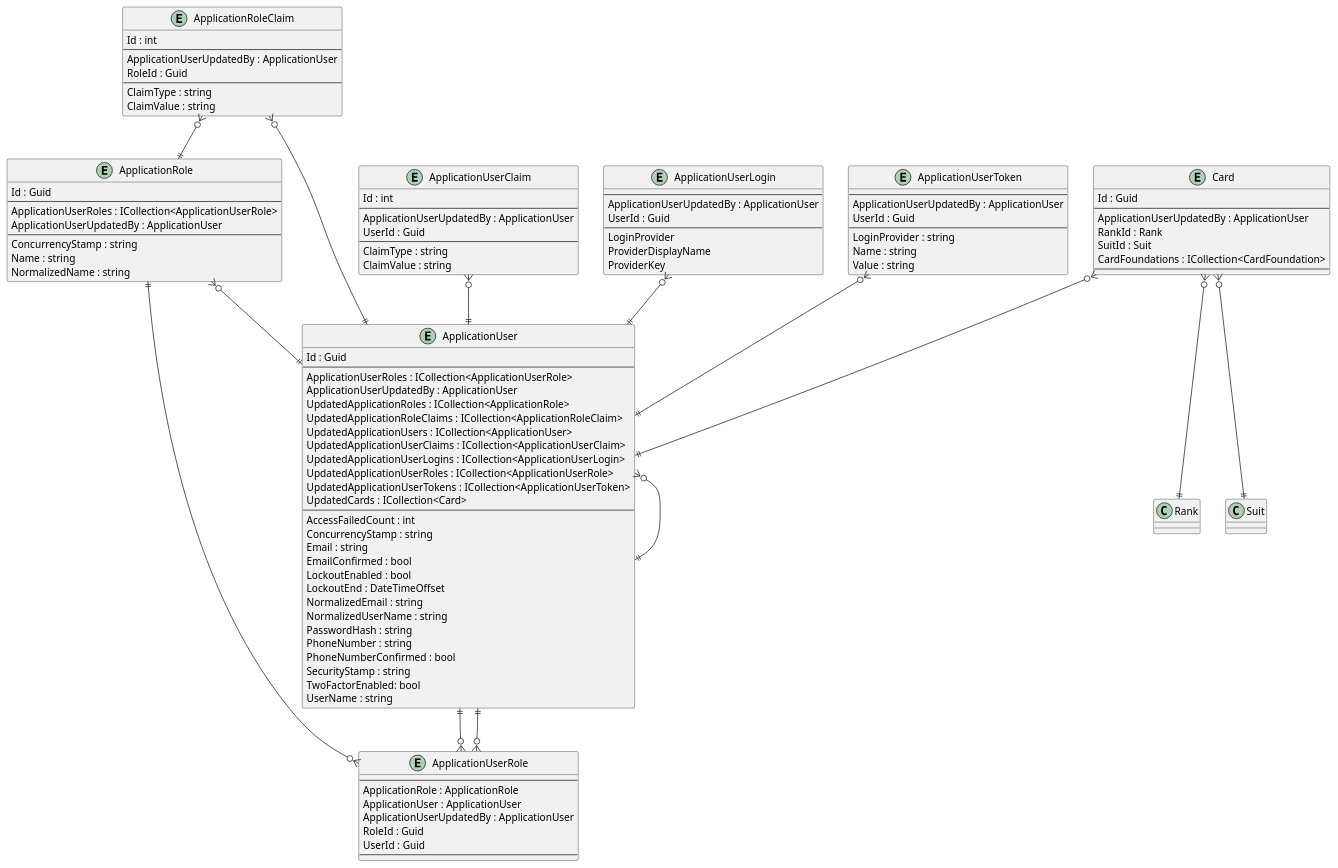
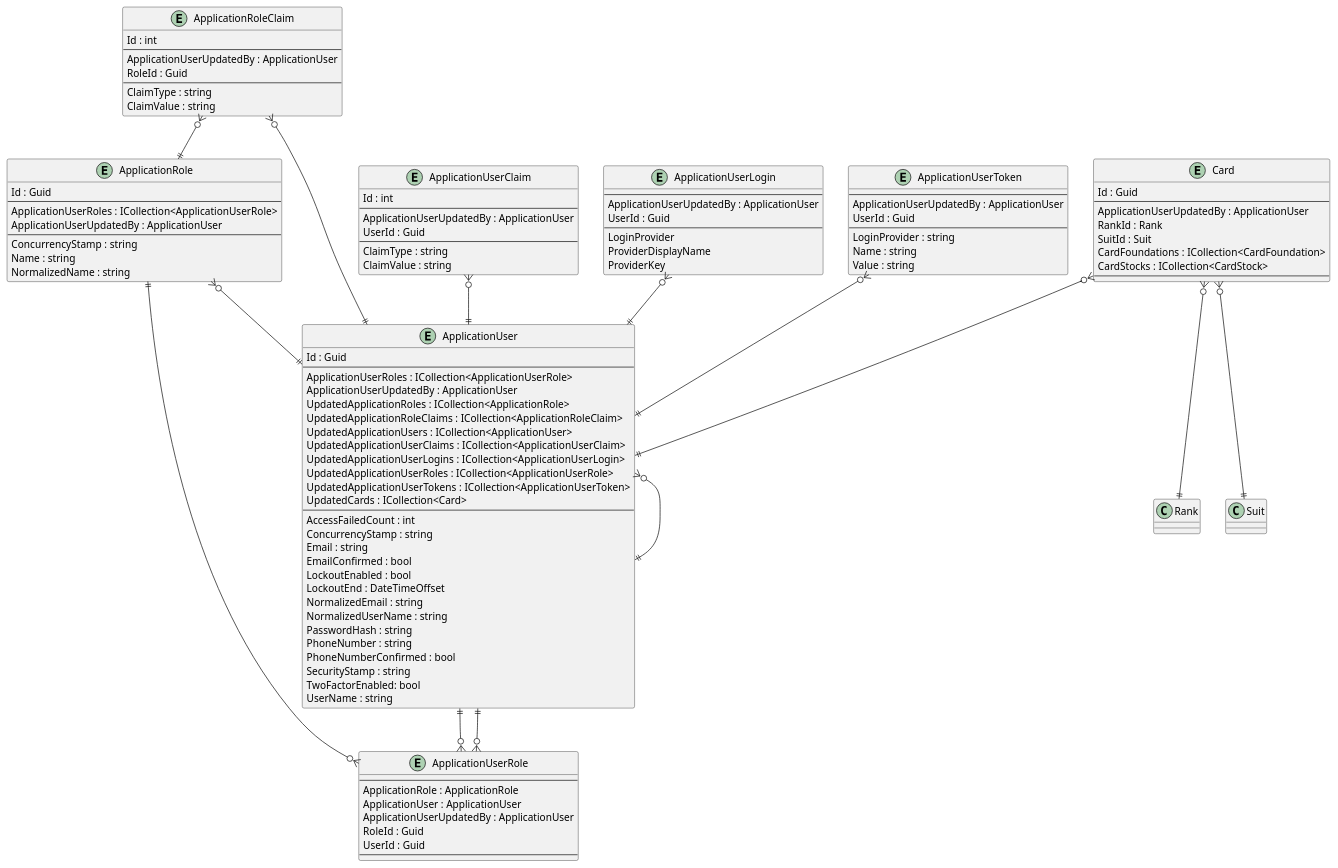
The diagram in .docs/Intrepion.KlondikeSolitaire.pu (intrepion/intrepion_klondike-solitaire_csharp), drawn with PlantUML before and after one commit.

```diff
--- a/.docs/Intrepion.KlondikeSolitaire.pu
+++ b/.docs/Intrepion.KlondikeSolitaire.pu
@@ -1,125 +1,126 @@
 @startuml
 
 entity ApplicationRole {
     Id : Guid
     --
     ApplicationUserRoles : ICollection<ApplicationUserRole>
     ApplicationUserUpdatedBy : ApplicationUser
     --
     ConcurrencyStamp : string
     Name : string
     NormalizedName : string
 }
 
 entity ApplicationRoleClaim {
     Id : int
     --
     ApplicationUserUpdatedBy : ApplicationUser
     RoleId : Guid
     --
     ClaimType : string
     ClaimValue : string
 }
 
 entity ApplicationUser {
     Id : Guid
     --
     ApplicationUserRoles : ICollection<ApplicationUserRole>
     ApplicationUserUpdatedBy : ApplicationUser
     UpdatedApplicationRoles : ICollection<ApplicationRole>
     UpdatedApplicationRoleClaims : ICollection<ApplicationRoleClaim>
     UpdatedApplicationUsers : ICollection<ApplicationUser>
     UpdatedApplicationUserClaims : ICollection<ApplicationUserClaim>
     UpdatedApplicationUserLogins : ICollection<ApplicationUserLogin>
     UpdatedApplicationUserRoles : ICollection<ApplicationUserRole>
     UpdatedApplicationUserTokens : ICollection<ApplicationUserToken>
     UpdatedCards : ICollection<Card>
     ' ApplicationUserKeyCodePlaceholder
     --
     AccessFailedCount : int
     ConcurrencyStamp : string
     Email : string
     EmailConfirmed : bool
     LockoutEnabled : bool
     LockoutEnd : DateTimeOffset
     NormalizedEmail : string
     NormalizedUserName : string
     PasswordHash : string
     PhoneNumber : string
     PhoneNumberConfirmed : bool
     SecurityStamp : string
     TwoFactorEnabled: bool
     UserName : string
 }
 
 entity ApplicationUserClaim {
     Id : int
     --
     ApplicationUserUpdatedBy : ApplicationUser
     UserId : Guid
     --
     ClaimType : string
     ClaimValue : string
 }
 
 entity ApplicationUserLogin {
     --
     ApplicationUserUpdatedBy : ApplicationUser
     UserId : Guid
     --
     LoginProvider
     ProviderDisplayName
     ProviderKey
 }
 
 entity ApplicationUserRole {
     --
     ApplicationRole : ApplicationRole
     ApplicationUser : ApplicationUser
     ApplicationUserUpdatedBy : ApplicationUser
     RoleId : Guid
     UserId : Guid
     --
 }
 
 entity ApplicationUserToken {
     --
     ApplicationUserUpdatedBy : ApplicationUser
     UserId : Guid
     --
     LoginProvider : string
     Name : string
     Value : string
 }
 
 entity Card {
     Id : Guid
     --
     ApplicationUserUpdatedBy : ApplicationUser
     RankId : Rank
     SuitId : Suit
     CardFoundations : ICollection<CardFoundation>
+    CardStocks : ICollection<CardStock>
     ' CardKeyCodePlaceholder
     --
     ' CardPropertyCodePlaceholder
 }
 
 ' EntityCodePlaceholder
 
 ApplicationRole ||--o{ ApplicationUserRole
 ApplicationRole }o--|| ApplicationUser
 ApplicationRoleClaim }o--|| ApplicationRole
 ApplicationRoleClaim }o--|| ApplicationUser
 ApplicationUser }o--|| ApplicationUser
 ApplicationUser ||--o{ ApplicationUserRole
 ApplicationUserClaim }o--|| ApplicationUser
 ApplicationUserLogin }o--|| ApplicationUser
 ApplicationUserRole }o--|| ApplicationUser
 ApplicationUserToken }o--|| ApplicationUser
 
 Card }o--|| ApplicationUser
 Card }o--|| Rank
 Card }o--|| Suit
 ' RelationshipCodePlaceholder
 
 @enduml
```
